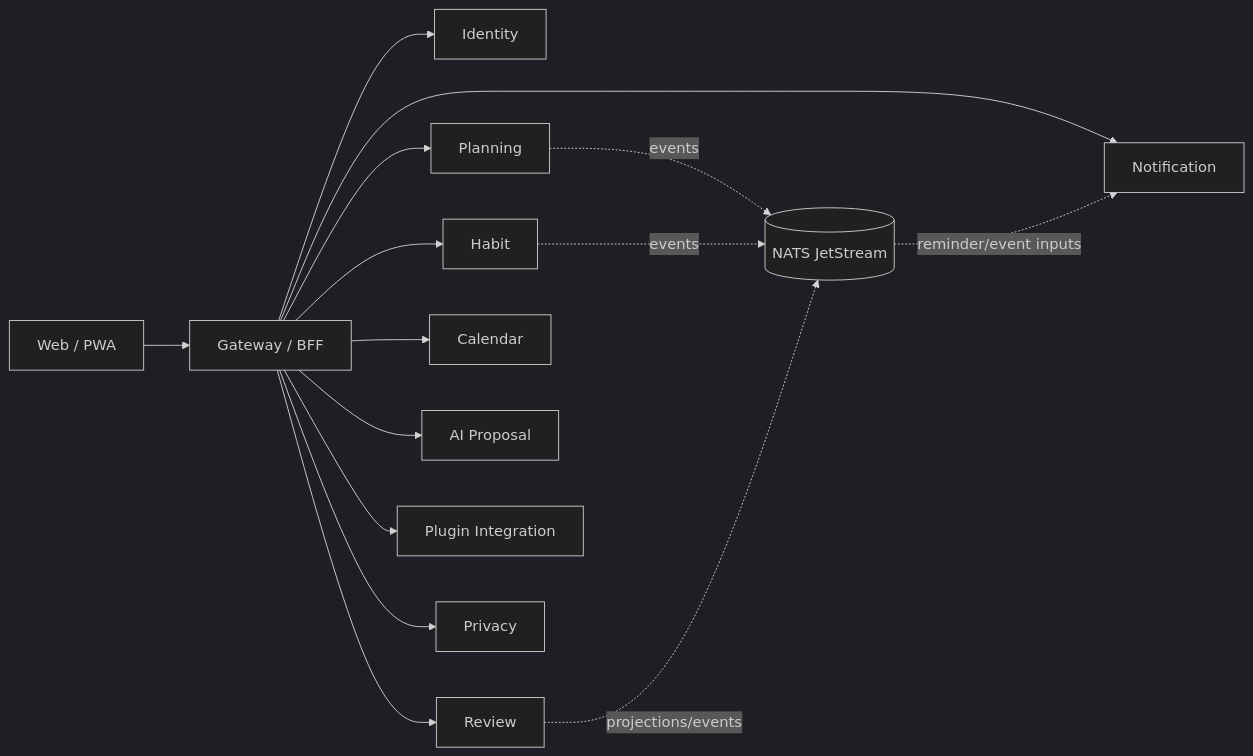
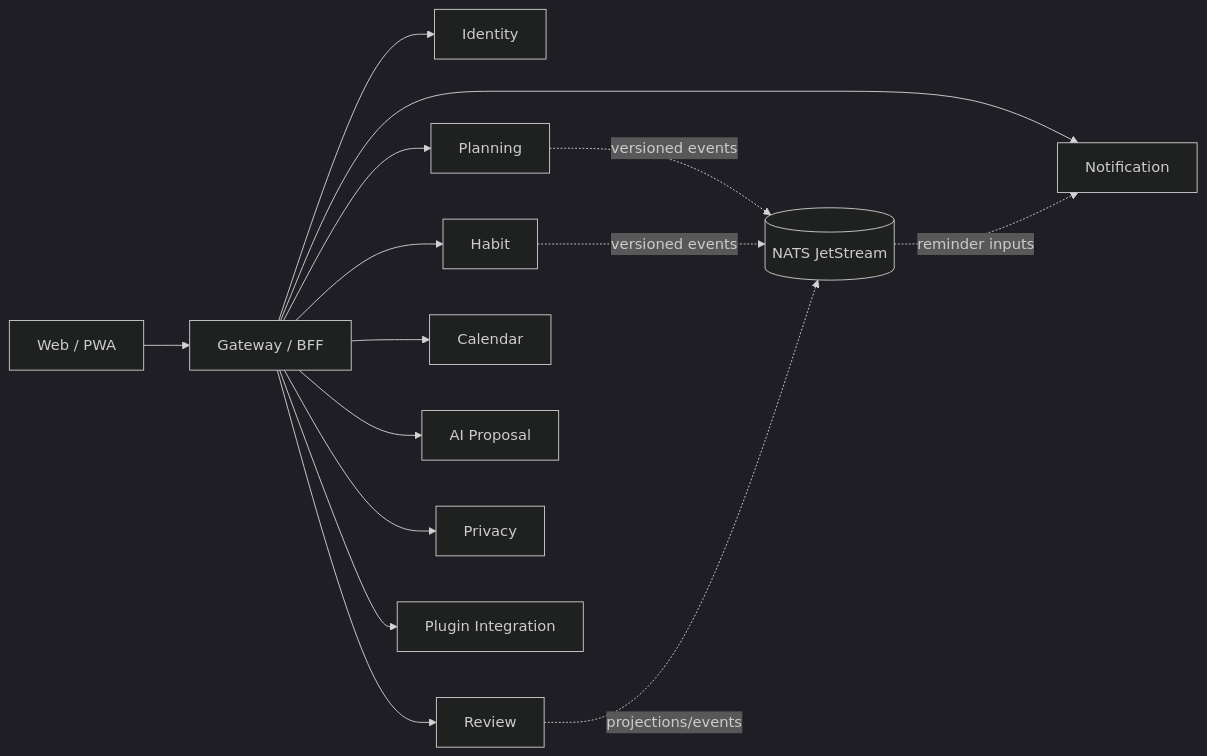
The diagram in ARCHITECTURE.md (ContextualWisdomLab/life-os), drawn with Mermaid (dark theme) before and after one commit. The commit also changed other lines of this file and 12 other files, not shown here.

````diff
--- a/ARCHITECTURE.md
+++ b/ARCHITECTURE.md
@@ -11,17 +13,17 @@
 ```mermaid
 flowchart LR
     U[Web / PWA] --> G[Gateway / BFF]
     G --> I[Identity]
     G --> P[Planning]
     G --> H[Habit]
     G --> R[Review]
     G --> C[Calendar]
     G --> N[Notification]
     G --> A[AI Proposal]
+    G --> V[Privacy]
     G --> X[Plugin Integration]
-    G --> V[Privacy]
-    P -. events .-> J[(NATS JetStream)]
-    H -. events .-> J
+    P -. versioned events .-> J[(NATS JetStream)]
+    H -. versioned events .-> J
     R -. projections/events .-> J
-    J -. reminder/event inputs .-> N
+    J -. reminder inputs .-> N
 ```
````
